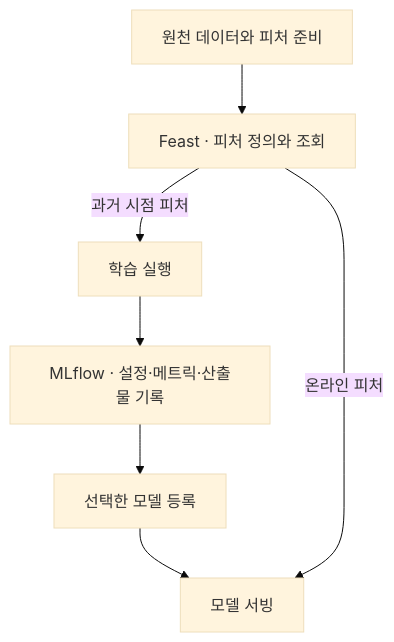
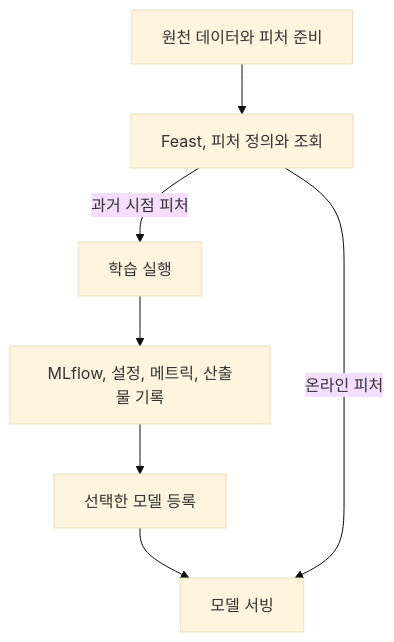
One commit to johklo/johklo.github.io changed the diagram in content/docs/tech/machine-learning-platform-engineering/04-experiments-and-features.md. Above: the diagram before and after it, drawn with Mermaid (base theme). The commit also changed other lines of this file and 14 other files, not shown here.

````diff
--- a/content/docs/tech/machine-learning-platform-engineering/04-experiments-and-features.md
+++ b/content/docs/tech/machine-learning-platform-engineering/04-experiments-and-features.md
@@ -76,11 +70,11 @@
 ```mermaid
 flowchart TD
     accTitle: 피처 관리와 실험 추적의 서로 다른 책임
     accDescr: Feast에서 조회한 피처를 학습에 사용합니다. 학습 조건과 결과는 MLflow에 기록하고 선택한 모델을 레지스트리에 등록합니다. Feast는 온라인 서빙용 피처도 제공합니다.
-    A["원천 데이터와 피처 준비"] --> B["Feast · 피처 정의와 조회"]
+    A["원천 데이터와 피처 준비"] --> B["Feast, 피처 정의와 조회"]
     B -->|"과거 시점 피처"| C["학습 실행"]
-    C --> D["MLflow · 설정·메트릭·산출물 기록"]
+    C --> D["MLflow, 설정, 메트릭, 산출물 기록"]
     D --> E["선택한 모델 등록"]
     E --> F["모델 서빙"]
     B -->|"온라인 피처"| F
 ```
````
